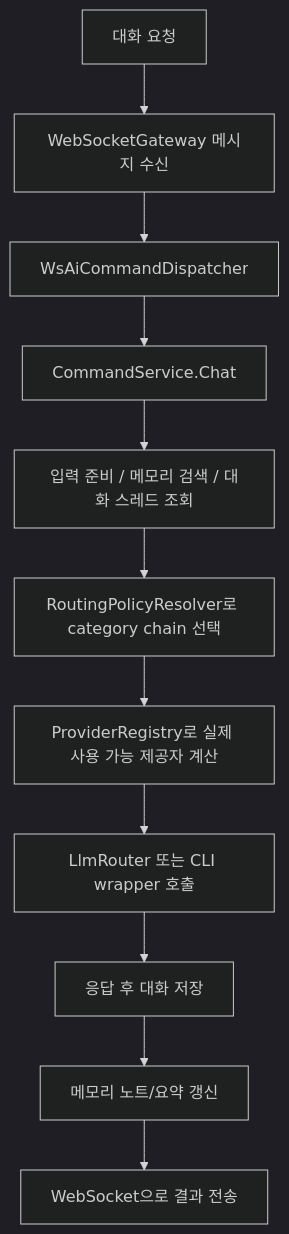
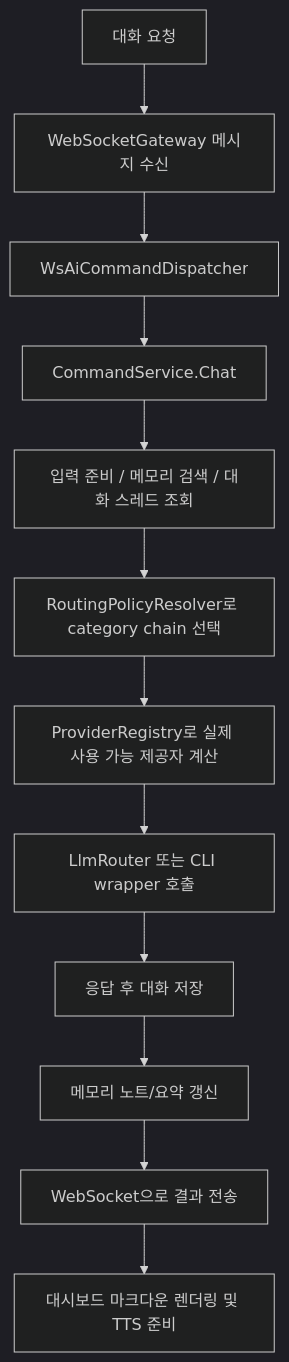
One commit to habinsong/Omni-node changed the fourth of 13 diagrams in docs/아키텍처_흐름.md. Above: the diagram before and after it, drawn with Mermaid (dark theme). The commit also changed other lines of this file and 10 other files, not shown here.

````diff
--- a/docs/아키텍처_흐름.md
+++ b/docs/아키텍처_흐름.md
@@ -86,13 +86,14 @@
 ```mermaid
 flowchart TD
     A["대화 요청"] --> B["WebSocketGateway 메시지 수신"]
     B --> C["WsAiCommandDispatcher"]
     C --> D["CommandService.Chat"]
     D --> E["입력 준비 / 메모리 검색 / 대화 스레드 조회"]
     E --> F["RoutingPolicyResolver로 category chain 선택"]
     F --> G["ProviderRegistry로 실제 사용 가능 제공자 계산"]
     G --> H["LlmRouter 또는 CLI wrapper 호출"]
     H --> I["응답 후 대화 저장"]
     I --> J["메모리 노트/요약 갱신"]
     J --> K["WebSocket으로 결과 전송"]
+    K --> L["대시보드 마크다운 렌더링 및 TTS 준비"]
 ```
````
